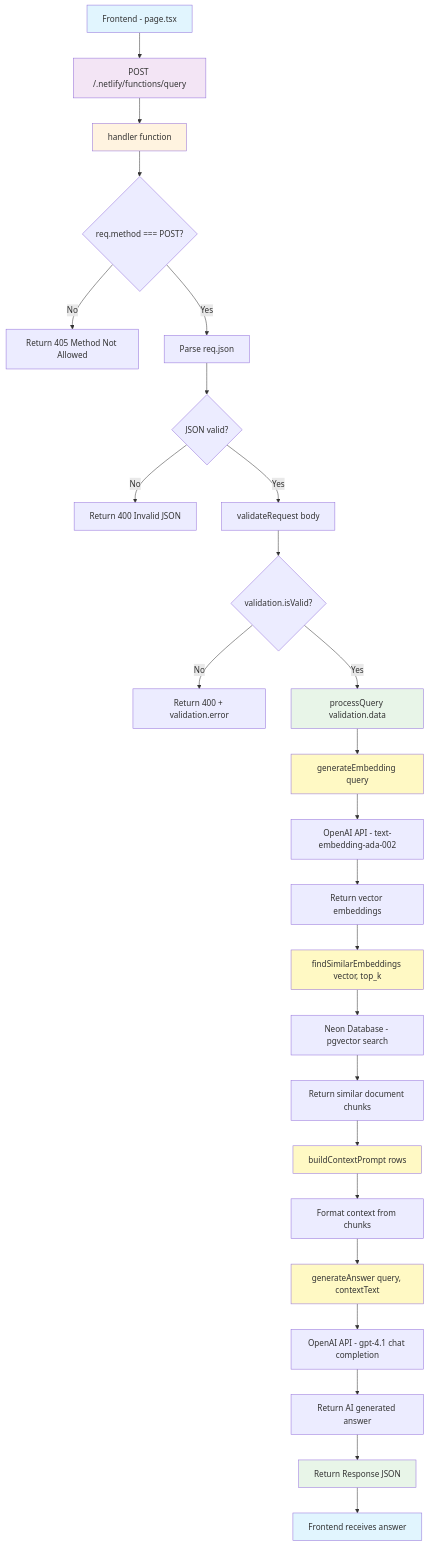
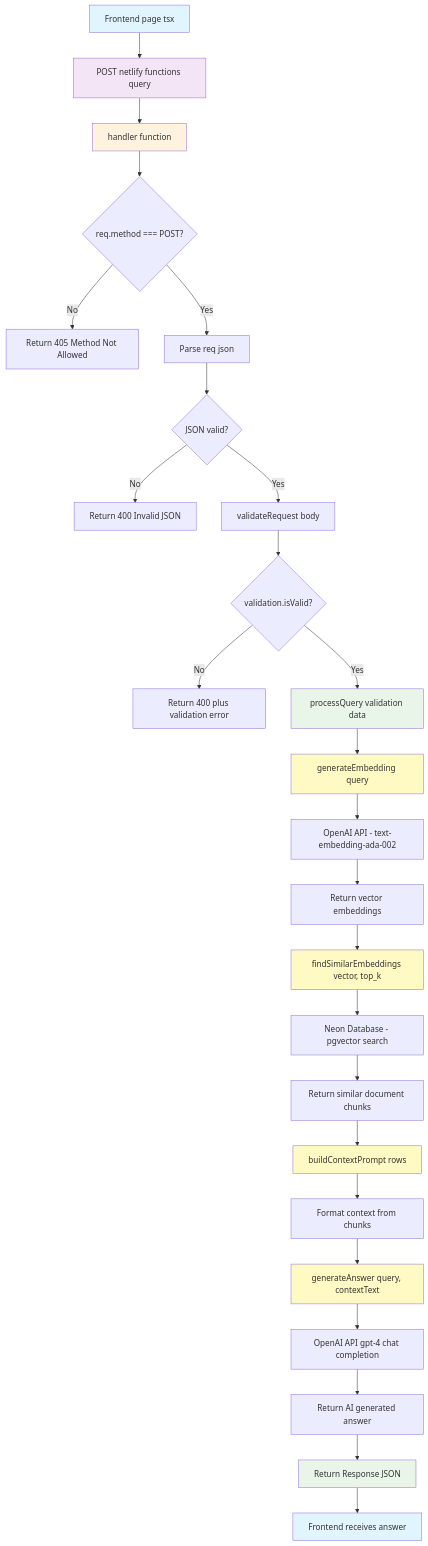
The first of 3 diagrams in docs/rag-architecture.md (rlynjb/adventurecue), drawn with Mermaid before and after one commit. The commit also changed other lines of this file, not shown here.

````diff
--- a/docs/rag-architecture.md
+++ b/docs/rag-architecture.md
@@ -153,46 +153,46 @@
 ```mermaid
 graph TD
-    A[Frontend - page.tsx] --> B[POST /.netlify/functions/query]
+    A[Frontend page tsx] --> B[POST netlify functions query]
     B --> C[handler function]
 
     C --> D{req.method === POST?}
     D -->|No| E[Return 405 Method Not Allowed]
-    D -->|Yes| F[Parse req.json]
+    D -->|Yes| F[Parse req json]
 
     F --> G{JSON valid?}
     G -->|No| H[Return 400 Invalid JSON]
     G -->|Yes| I[validateRequest body]
 
     I --> J{validation.isValid?}
-    J -->|No| K[Return 400 + validation.error]
-    J -->|Yes| L[processQuery validation.data]
+    J -->|No| K[Return 400 plus validation error]
+    J -->|Yes| L[processQuery validation data]
 
     L --> M[generateEmbedding query]
     M --> N[OpenAI API - text-embedding-ada-002]
     N --> O[Return vector embeddings]
 
     O --> P[findSimilarEmbeddings vector, top_k]
     P --> Q[Neon Database - pgvector search]
     Q --> R[Return similar document chunks]
 
     R --> S[buildContextPrompt rows]
     S --> T[Format context from chunks]
 
     T --> U[generateAnswer query, contextText]
-    U --> V[OpenAI API - gpt-4.1 chat completion]
+    U --> V[OpenAI API gpt-4 chat completion]
     V --> W[Return AI generated answer]
 
     W --> X[Return Response JSON]
     X --> Y[Frontend receives answer]
 
     style A fill:#e1f5fe
     style B fill:#f3e5f5
     style C fill:#fff3e0
     style L fill:#e8f5e8
     style M fill:#fff9c4
     style P fill:#fff9c4
     style S fill:#fff9c4
     style U fill:#fff9c4
     style X fill:#e8f5e8
     style Y fill:#e1f5fe
 ```
````
